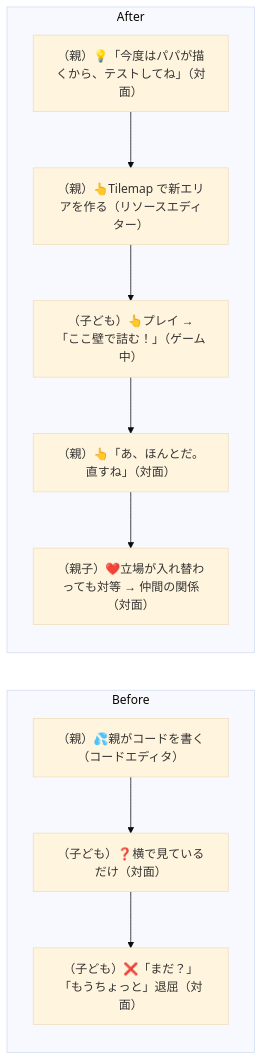
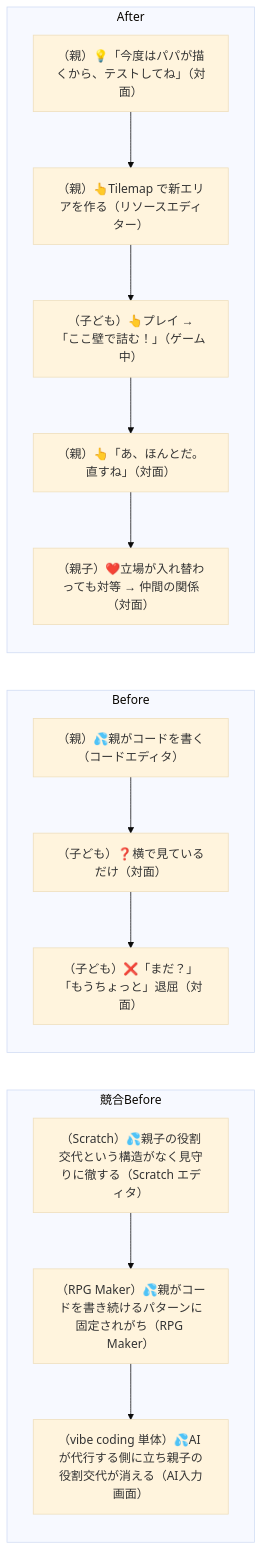
Diagram 34 of 42 in docs/customer-journeys.md (tatsuro-ueda/code-quest-pyxel), drawn with Mermaid (base theme) before and after one commit. The commit also changed other lines of this file, not shown here.

````diff
--- a/docs/customer-journeys.md
+++ b/docs/customer-journeys.md
@@ -1006,15 +1034,20 @@
 ```mermaid
 flowchart LR
+    subgraph Competitor["競合Before"]
+        C1[（Scratch）💦親子の役割交代という構造がなく見守りに徹する（Scratch エディタ）]
+        C1 --> C2[（RPG Maker）💦親がコードを書き続けるパターンに固定されがち（RPG Maker）]
+        C2 --> C3[（vibe coding 単体）💦AI が代行する側に立ち親子の役割交代が消える（AI入力画面）]
+    end
     subgraph Before["Before"]
         B1[（親）💦親がコードを書く（コードエディタ）]
         B1 --> B2[（子ども）❓横で見ているだけ（対面）]
         B2 --> B3[（子ども）❌「まだ？」「もうちょっと」退屈（対面）]
     end
     subgraph After["After"]
         A1[（親）💡「今度はパパが描くから、テストしてね」（対面）]
         A1 --> A2[（親）👆Tilemap で新エリアを作る（リソースエディター）]
         A2 --> A3[（子ども）👆プレイ →「ここ壁で詰む！」（ゲーム中）]
         A3 --> A4[（親）👆「あ、ほんとだ。直すね」（対面）]
         A4 --> A5[（親子）❤️立場が入れ替わっても対等 → 仲間の関係（対面）]
     end
 ```
````
